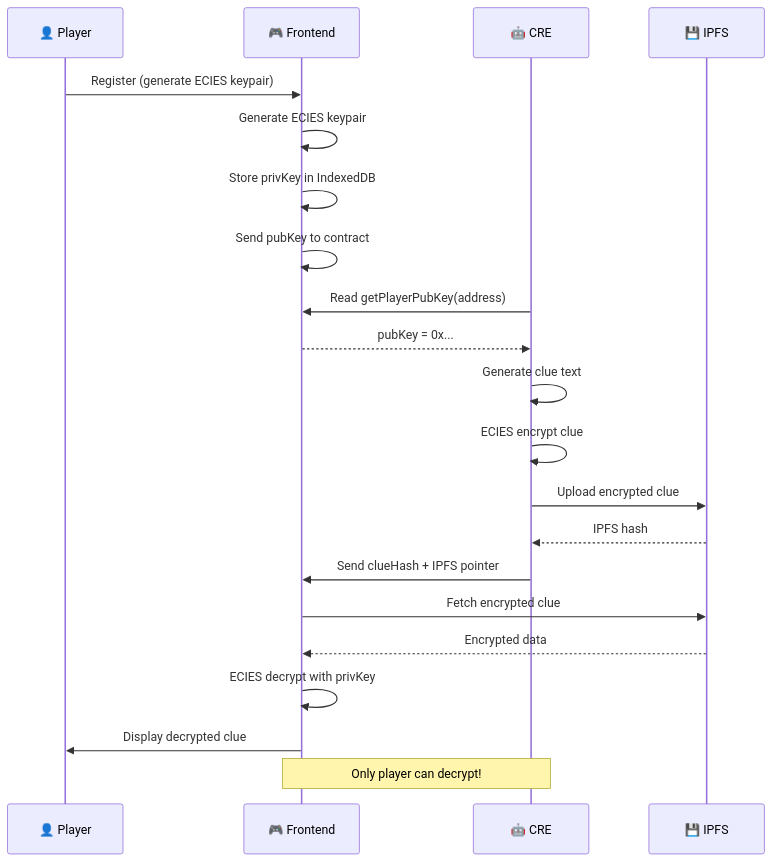
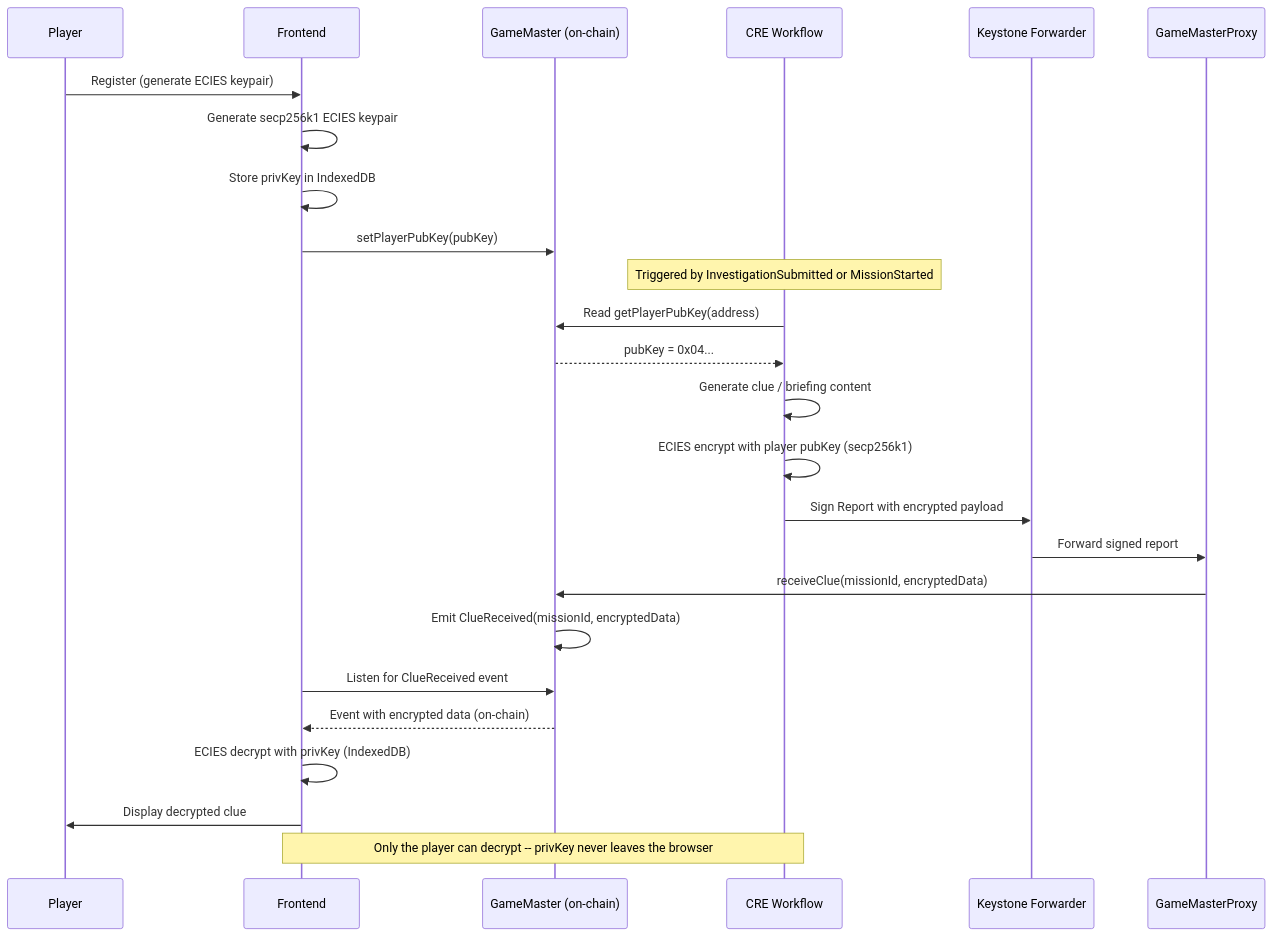
One commit to mtrn87/carmen-sandiego-onchain changed the sixth of 8 diagrams in docs/SYSTEM_DIAGRAMS.md. Above: the diagram before and after it, drawn with Mermaid. The commit also changed other lines of this file and 2 other files, not shown here.

First line of the commit message:
docs: fix outdated diagrams, broken links, and add docs navigation

````diff
--- a/docs/SYSTEM_DIAGRAMS.md
+++ b/docs/SYSTEM_DIAGRAMS.md
@@ -346,30 +358,35 @@
 ```mermaid
 sequenceDiagram
-    participant Player as 👤 Player
-    participant Frontend as 🎮 Frontend
-    participant CRE as 🤖 CRE
-    participant IPFS as 💾 IPFS
+    participant Player as Player
+    participant Frontend as Frontend
+    participant Contract as GameMaster (on-chain)
+    participant CRE as CRE Workflow
+    participant Keystone as Keystone Forwarder
+    participant Proxy as GameMasterProxy
 
     Player->>Frontend: Register (generate ECIES keypair)
-    Frontend->>Frontend: Generate ECIES keypair
+    Frontend->>Frontend: Generate secp256k1 ECIES keypair
     Frontend->>Frontend: Store privKey in IndexedDB
-    Frontend->>Frontend: Send pubKey to contract
+    Frontend->>Contract: setPlayerPubKey(pubKey)
 
-    CRE->>Frontend: Read getPlayerPubKey(address)
-    Frontend-->>CRE: pubKey = 0x...
+    Note over CRE: Triggered by InvestigationSubmitted or MissionStarted
 
-    CRE->>CRE: Generate clue text
-    CRE->>CRE: ECIES encrypt clue
-    CRE->>IPFS: Upload encrypted clue
-    IPFS-->>CRE: IPFS hash
+    CRE->>Contract: Read getPlayerPubKey(address)
+    Contract-->>CRE: pubKey = 0x04...
 
-    CRE->>Frontend: Send clueHash + IPFS pointer
+    CRE->>CRE: Generate clue / briefing content
+    CRE->>CRE: ECIES encrypt with player pubKey (secp256k1)
 
-    Frontend->>IPFS: Fetch encrypted clue
-    IPFS-->>Frontend: Encrypted data
+    CRE->>Keystone: Sign Report with encrypted payload
+    Keystone->>Proxy: Forward signed report
+    Proxy->>Contract: receiveClue(missionId, encryptedData)
+    Contract->>Contract: Emit ClueReceived(missionId, encryptedData)
 
-    Frontend->>Frontend: ECIES decrypt with privKey
+    Frontend->>Contract: Listen for ClueReceived event
+    Contract-->>Frontend: Event with encrypted data (on-chain)
+
+    Frontend->>Frontend: ECIES decrypt with privKey (IndexedDB)
     Frontend->>Player: Display decrypted clue
 
-    Note over Frontend,CRE: Only player can decrypt!
+    Note over Frontend,CRE: Only the player can decrypt -- privKey never leaves the browser
 ```
````
